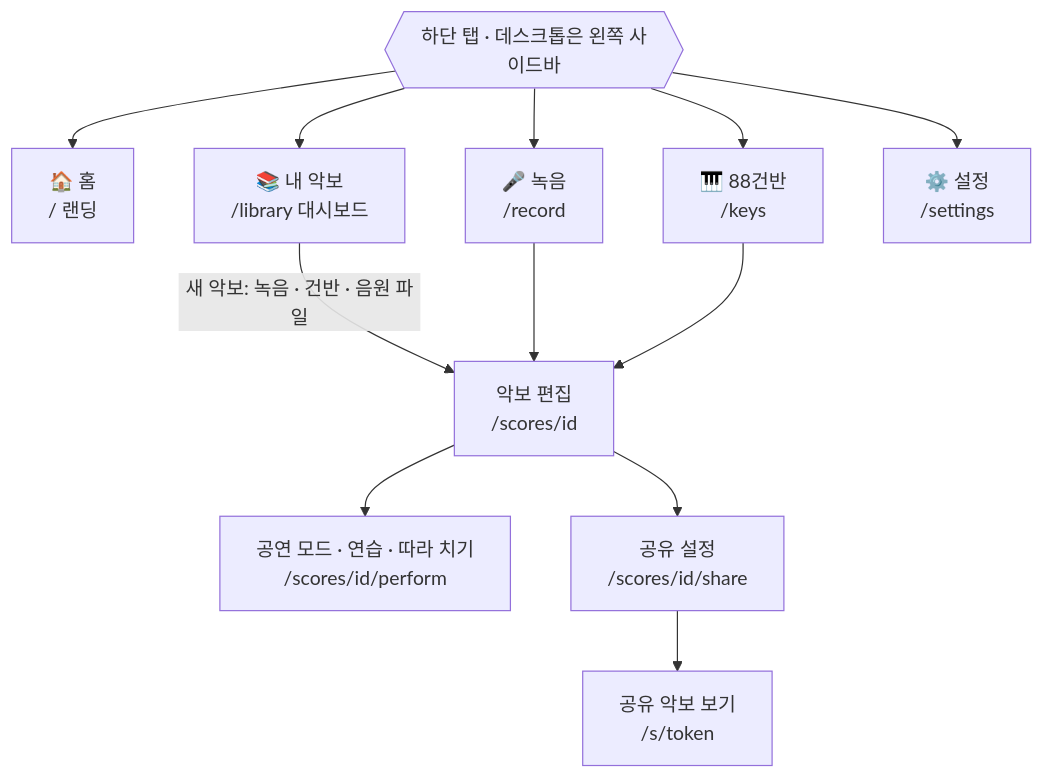
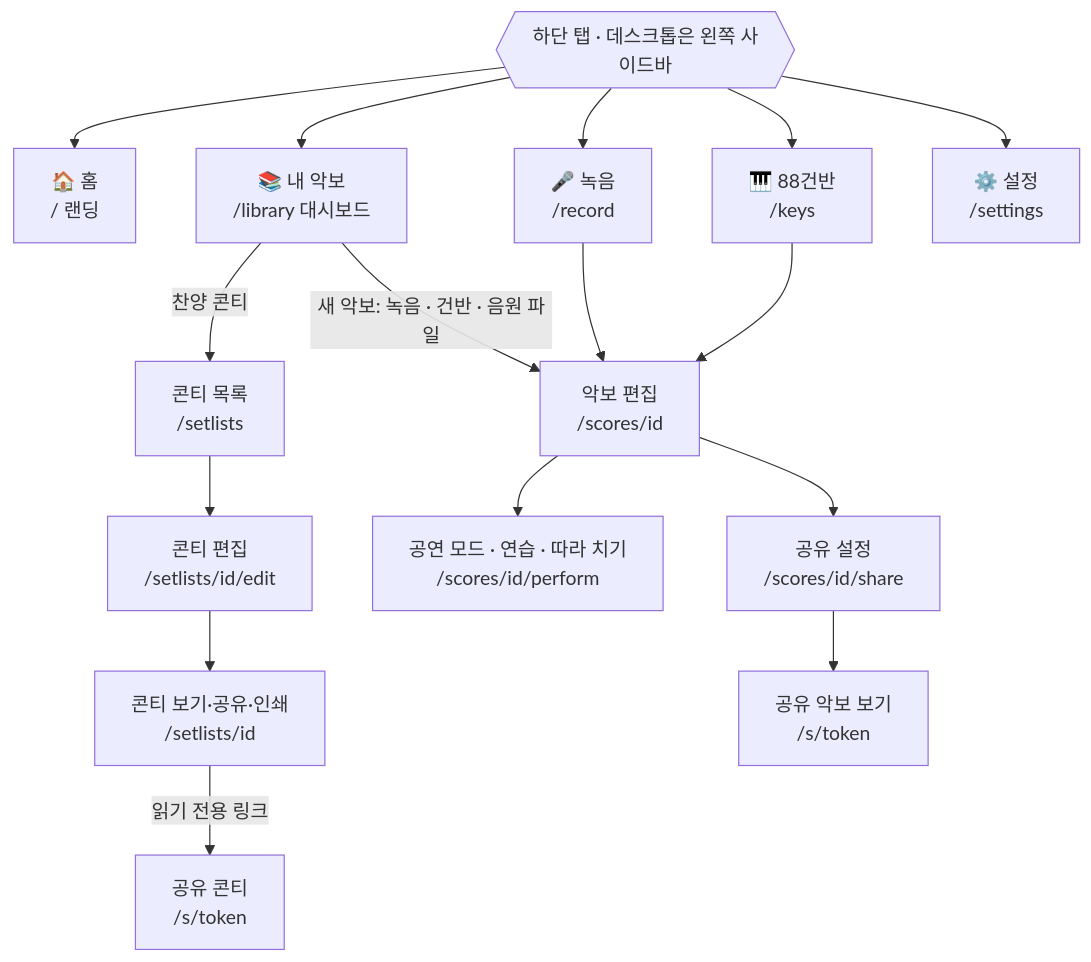
Before and after one commit to DevOps0906/humscore: the second of 3 diagrams in README.md, drawn with Mermaid. The commit also changed other lines of this file and 19 other files, not shown here.

````diff
--- a/README.md
+++ b/README.md
@@ -123,15 +123,19 @@
 ```mermaid
 flowchart TB
   Tab{{"하단 탭 · 데스크톱은 왼쪽 사이드바"}}
   Tab --> Home["🏠 홈<br/>/ 랜딩"]
   Tab --> Lib["📚 내 악보<br/>/library 대시보드"]
   Tab --> Rec["🎤 녹음<br/>/record"]
   Tab --> Keys["🎹 88건반<br/>/keys"]
   Tab --> Set["⚙️ 설정<br/>/settings"]
   Lib -->|"새 악보: 녹음 · 건반 · 음원 파일"| Edit["악보 편집<br/>/scores/id"]
+  Lib -->|찬양 콘티| Setlists["콘티 목록<br/>/setlists"]
+  Setlists --> SetlistEdit["콘티 편집<br/>/setlists/id/edit"]
+  SetlistEdit --> SetlistView["콘티 보기·공유·인쇄<br/>/setlists/id"]
+  SetlistView -->|읽기 전용 링크| SetlistPublic["공유 콘티<br/>/s/token"]
   Rec --> Edit
   Keys --> Edit
   Edit --> Perform["공연 모드 · 연습 · 따라 치기<br/>/scores/id/perform"]
   Edit --> Share["공유 설정<br/>/scores/id/share"]
   Share --> Public["공유 악보 보기<br/>/s/token"]
 ```
````
